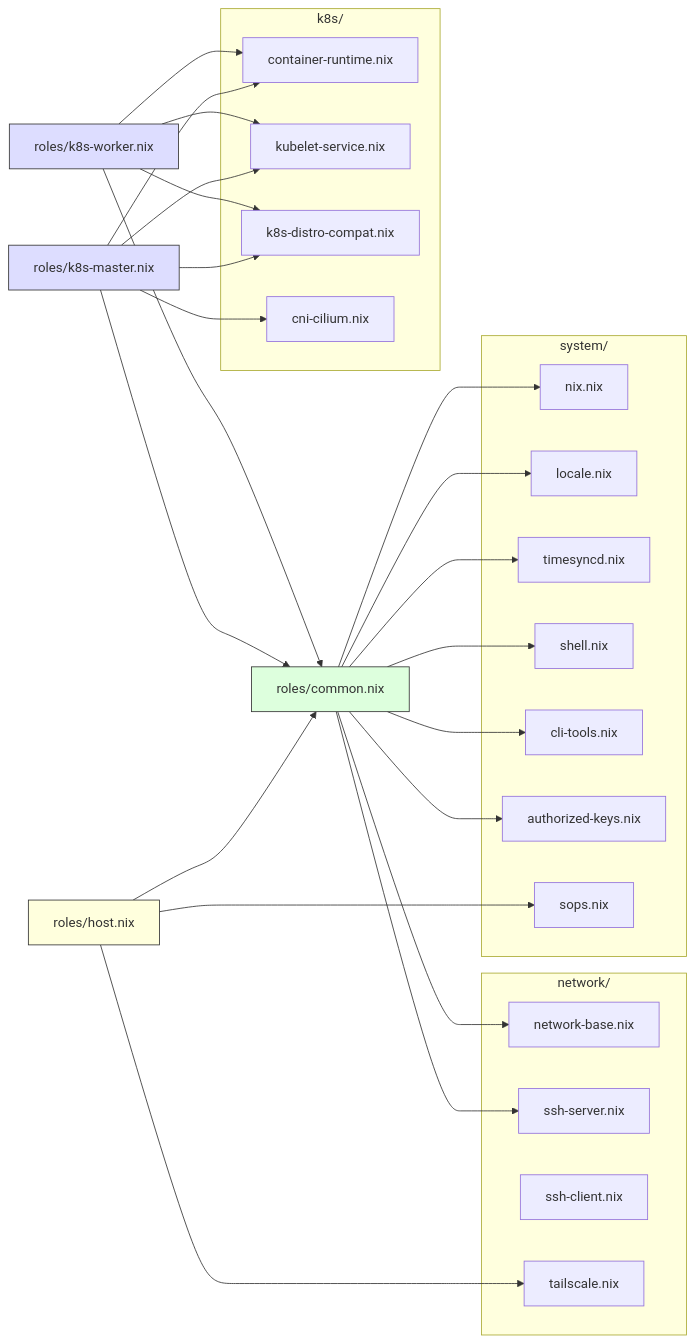
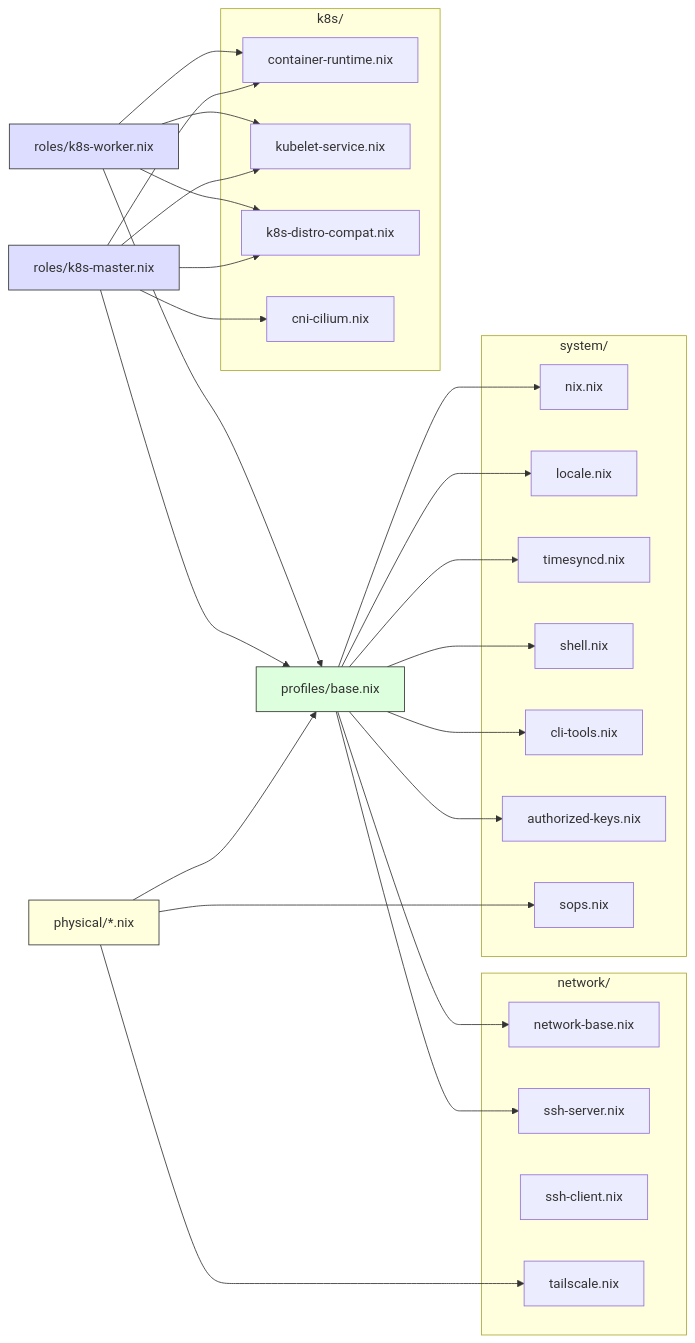
The diagram in atoms/README.md (vanillacake369/tonys-homelab), drawn with Mermaid before and after one commit. The commit also changed other lines of this file and 13 other files, not shown here.

First line of the commit message:
feat(nix): add homelab-2 worker profile

````diff
--- a/atoms/README.md
+++ b/atoms/README.md
@@ -21,36 +21,36 @@
 ```mermaid
 flowchart LR
   subgraph System["system/"]
     nix["nix.nix"]
     locale["locale.nix"]
     tsync["timesyncd.nix"]
     shell["shell.nix"]
     cli["cli-tools.nix"]
     keys["authorized-keys.nix"]
     sops["sops.nix"]
   end
 
   subgraph Network["network/"]
     base["network-base.nix"]
     sshS["ssh-server.nix"]
     sshC["ssh-client.nix"]
     ts["tailscale.nix"]
   end
 
   subgraph K8s["k8s/"]
     cri["container-runtime.nix"]
     kubelet["kubelet-service.nix"]
     compat["k8s-distro-compat.nix"]
     cilium["cni-cilium.nix"]
   end
 
-  Common["roles/common.nix"] --> nix & locale & tsync & shell & cli & keys & base & sshS
-  Host["roles/host.nix"] --> Common & sops & ts
-  KMaster["roles/k8s-master.nix"] --> Common & cri & kubelet & compat & cilium
-  KWorker["roles/k8s-worker.nix"] --> Common & cri & kubelet & compat
+  Base["profiles/base.nix"] --> nix & locale & tsync & shell & cli & keys & base & sshS
+  Host["physical/*.nix"] --> Base & sops & ts
+  KMaster["roles/k8s-master.nix"] --> Base & cri & kubelet & compat & cilium
+  KWorker["roles/k8s-worker.nix"] --> Base & cri & kubelet & compat
 
-  style Common fill:#dfd,stroke:#333
+  style Base fill:#dfd,stroke:#333
   style Host fill:#ffd,stroke:#333
   style KMaster fill:#ddf,stroke:#333
   style KWorker fill:#ddf,stroke:#333
 ```
````
